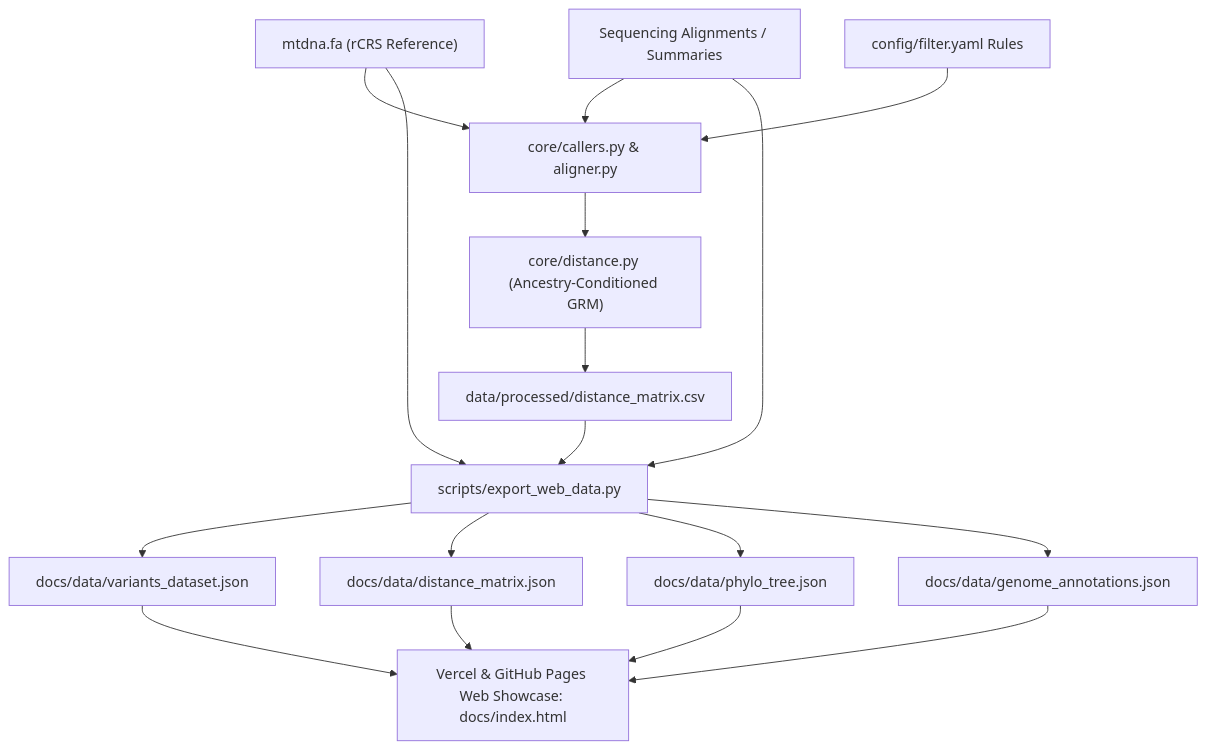
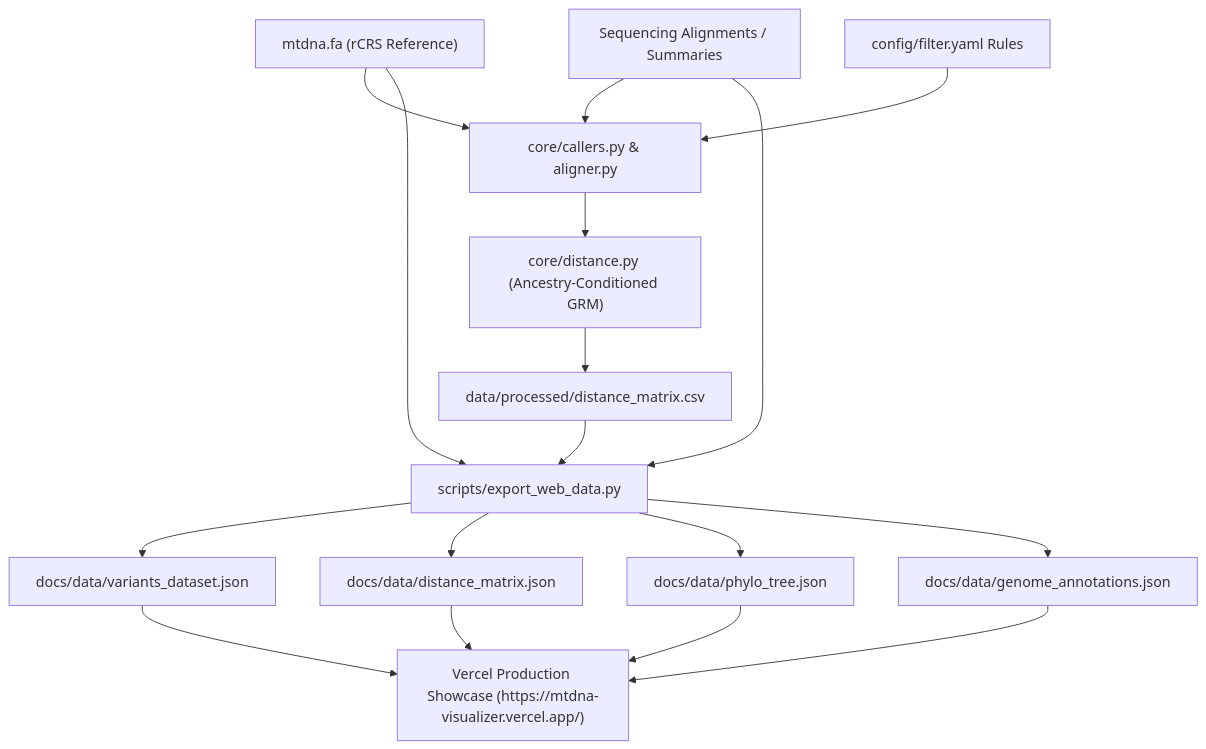
The diagram in README.md (nbasok149/genomic-mito-showcase), drawn with Mermaid before and after one commit. The commit also changed other lines of this file and 4 other files, not shown here.

Commit message:
Migrate all repository documentation, links, and CI/CD from GitHub Pages to Vercel (https://mtdna-visualizer.vercel.app/)

````diff
--- a/README.md
+++ b/README.md
@@ -21,22 +24,22 @@
 ```mermaid
 flowchart TD
     FA["mtdna.fa (rCRS Reference)"] --> Core["core/callers.py & aligner.py"]
     RAW["Sequencing Alignments / Summaries"] --> Core
     CFG["config/filter.yaml Rules"] --> Core
     Core --> DM["core/distance.py (Ancestry-Conditioned GRM)"]
     DM --> MAT["data/processed/distance_matrix.csv"]
     
     MAT --> ETL["scripts/export_web_data.py"]
     RAW --> ETL
     FA --> ETL
     
     ETL --> J1["docs/data/variants_dataset.json"]
     ETL --> J2["docs/data/distance_matrix.json"]
     ETL --> J3["docs/data/phylo_tree.json"]
     ETL --> J4["docs/data/genome_annotations.json"]
     
-    J1 --> WEB["Vercel & GitHub Pages Web Showcase: docs/index.html"]
+    J1 --> WEB["Vercel Production Showcase (https://mtdna-visualizer.vercel.app/)"]
     J2 --> WEB
     J3 --> WEB
     J4 --> WEB
 ```
````
